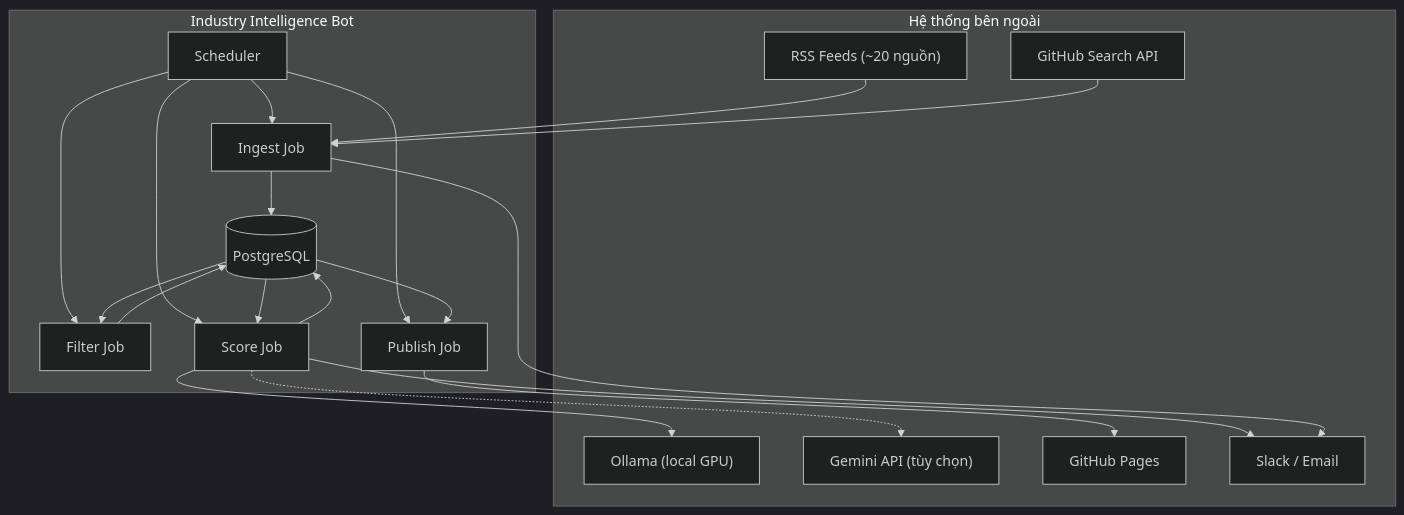
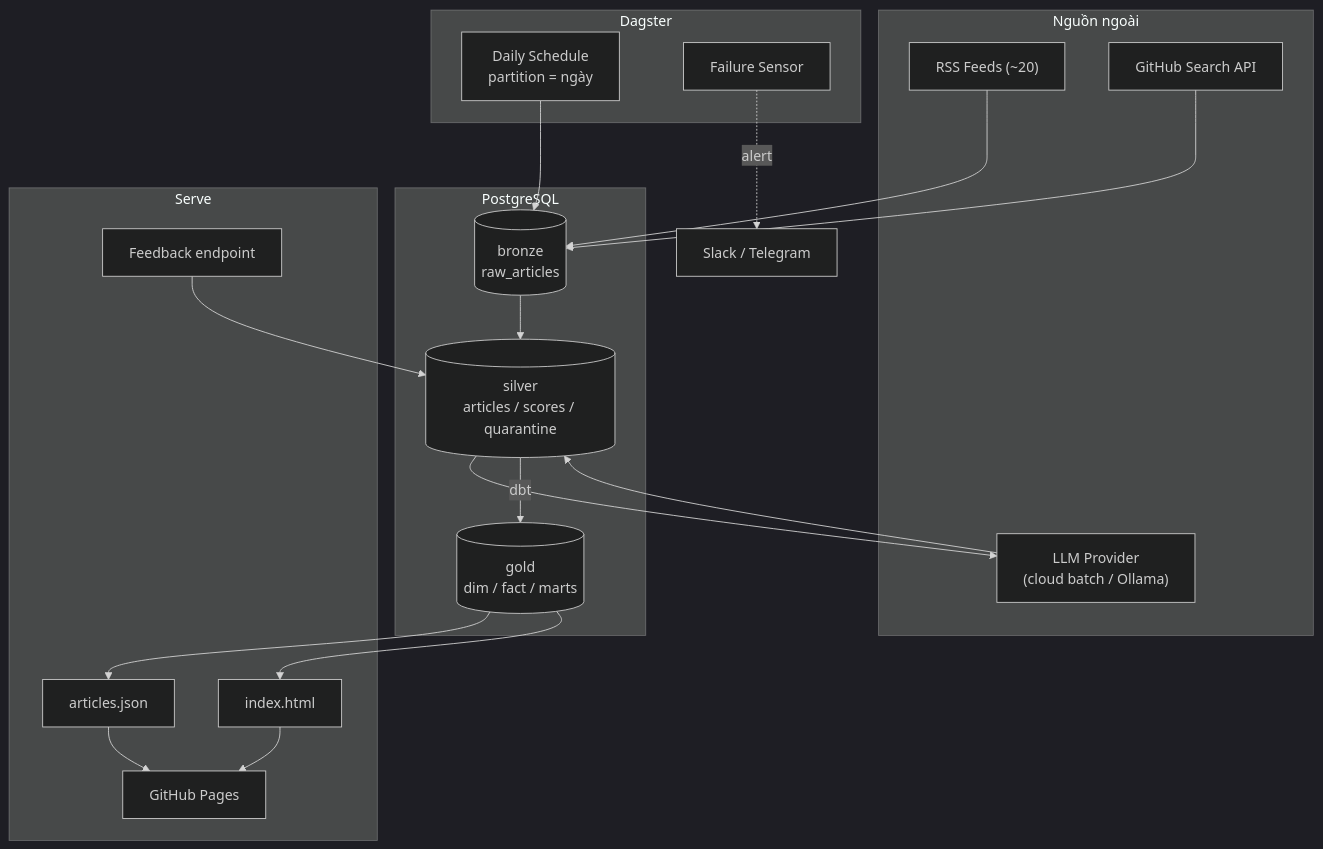
The first of 6 diagrams in docs/PRODUCTION_PLAN.md (Quybuno/industry-intel-bot), drawn with Mermaid (dark theme) before and after one commit. The commit also changed other lines of this file, not shown here.

````diff
--- a/docs/PRODUCTION_PLAN.md
+++ b/docs/PRODUCTION_PLAN.md
@@ -132,42 +134,38 @@
 ```mermaid
 flowchart TB
-    subgraph External["Hệ thống bên ngoài"]
-        RSS["RSS Feeds (~20 nguồn)"]
+    subgraph Ext["Nguồn ngoài"]
+        RSS["RSS Feeds (~20)"]
         GH["GitHub Search API"]
-        OLL["Ollama (local GPU)"]
-        GEM["Gemini API (tùy chọn)"]
-        GHP["GitHub Pages"]
-        SLK["Slack / Email"]
+        LLM["LLM Provider<br/>(cloud batch / Ollama)"]
     end
 
-    subgraph Bot["Industry Intelligence Bot"]
-        SCH["Scheduler"]
-        ING["Ingest Job"]
-        FIL["Filter Job"]
-        SCR["Score Job"]
-        PUB["Publish Job"]
-        DB[("PostgreSQL")]
+    subgraph Orch["Dagster"]
+        SCH["Daily Schedule<br/>partition = ngày"]
+        SEN["Failure Sensor"]
     end
 
-    SCH --> ING
-    SCH --> FIL
-    SCH --> SCR
-    SCH --> PUB
+    subgraph Store["PostgreSQL"]
+        BR[("bronze<br/>raw_articles")]
+        SL[("silver<br/>articles / scores / quarantine")]
+        GD[("gold<br/>dim / fact / marts")]
+    end
 
-    RSS --> ING
-    GH --> ING
-    ING --> DB
+    subgraph Out["Serve"]
+        JSON["articles.json"]
+        HTML["index.html"]
+        PAGES["GitHub Pages"]
+        FB["Feedback endpoint"]
+    end
 
-    DB --> FIL
-    FIL --> DB
-
-    DB --> SCR
-    SCR --> OLL
-    SCR -.-> GEM
-    SCR --> DB
-
-    DB --> PUB
-    PUB --> GHP
-    SCR --> SLK
-    ING --> SLK
+    RSS --> BR
+    GH --> BR
+    SCH --> BR
+    BR --> SL
+    SL --> LLM
+    LLM --> SL
+    SL -->|dbt| GD
+    GD --> JSON --> PAGES
+    GD --> HTML --> PAGES
+    FB --> SL
+    SEN -.->|alert| Slack["Slack / Telegram"]
 ```
````
